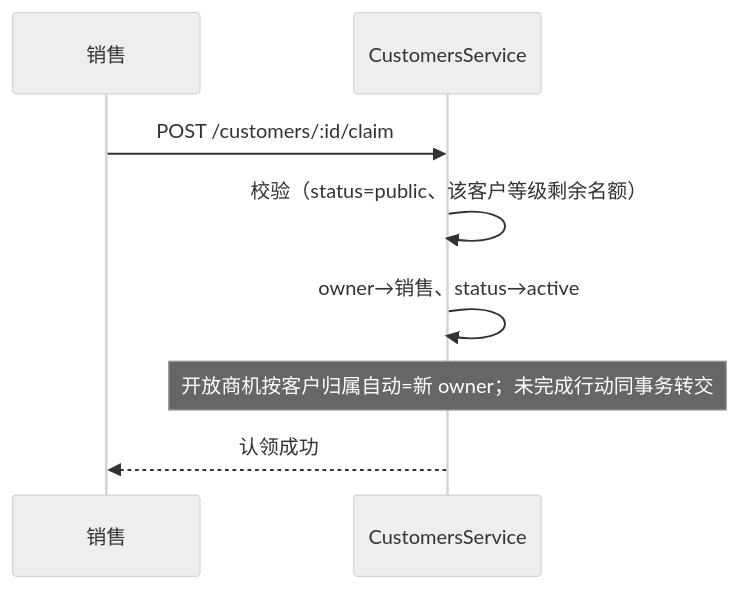
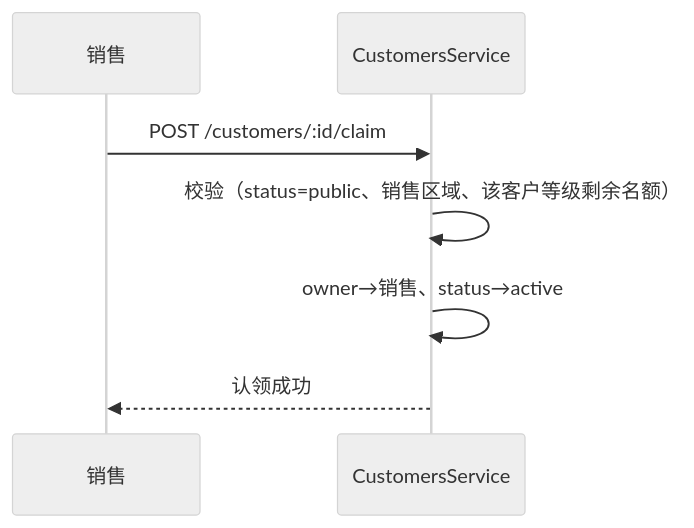
Before and after one commit to lixiname/LITECRM: diagram 14 of 26 in docs/重构架构决策与实施蓝图.md, drawn with Mermaid (neutral theme). The commit also changed other lines of this file and 24 other files, not shown here.

````diff
--- a/docs/重构架构决策与实施蓝图.md
+++ b/docs/重构架构决策与实施蓝图.md
@@ -1031,10 +1031,9 @@
 ```mermaid
 sequenceDiagram
     participant S as 销售
     participant C as CustomersService
     S->>C: POST /customers/:id/claim
-    C->>C: 校验（status=public、该客户等级剩余名额）
+    C->>C: 校验（status=public、销售区域、该客户等级剩余名额）
     C->>C: owner→销售、status→active
-    Note over C: 开放商机按客户归属自动=新 owner；未完成行动同事务转交
     C-->>S: 认领成功
 ```
````
